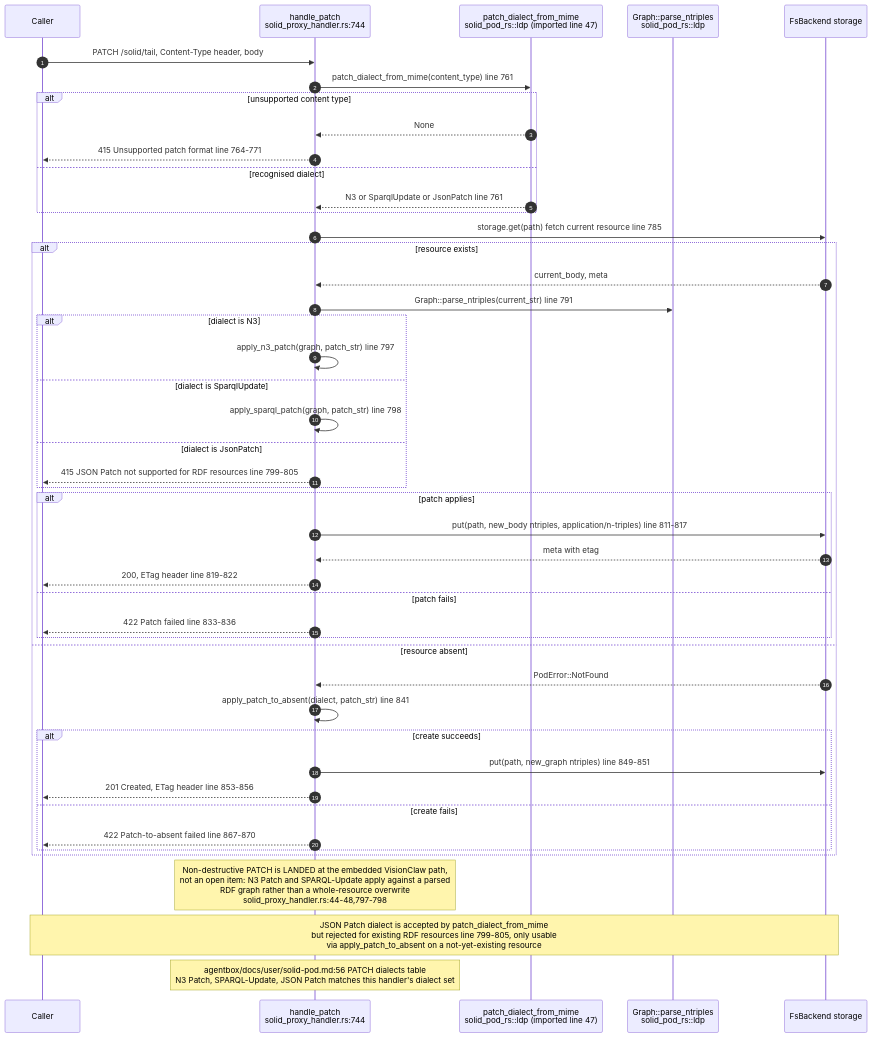
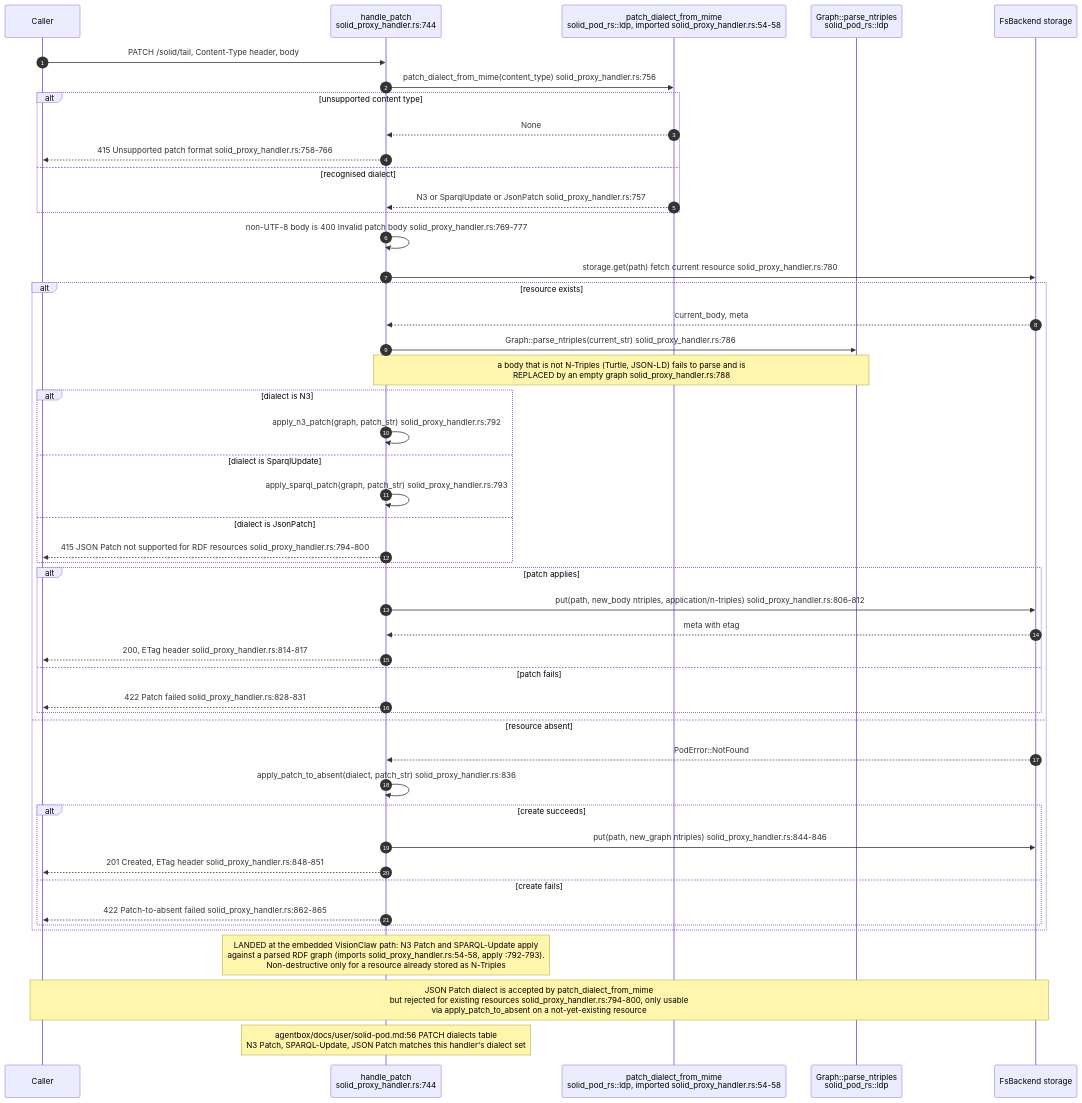
The sixth of 13 diagrams in docs/diagrams/estate/08-solid-pod-estate.md (DreamLab-AI/VisionFlow), drawn with Mermaid before and after one commit. The commit also changed other lines of this file and 91 other files, not shown here.

First line of the commit message:
docs(audit): estate audit wave 2, every repository except agentbox and VisionClaw

````diff
--- a/docs/diagrams/estate/08-solid-pod-estate.md
+++ b/docs/diagrams/estate/08-solid-pod-estate.md
@@ -264,51 +278,53 @@
 ```mermaid
 sequenceDiagram
     autonumber
     participant C as Caller
     participant H as handle_patch<br/>solid_proxy_handler.rs:744
-    participant D as patch_dialect_from_mime<br/>solid_pod_rs::ldp (imported line 47)
+    participant D as patch_dialect_from_mime<br/>solid_pod_rs::ldp, imported solid_proxy_handler.rs:54-58
     participant G as Graph::parse_ntriples<br/>solid_pod_rs::ldp
     participant FS as FsBackend storage
 
     C->>H: PATCH /solid/tail, Content-Type header, body
-    H->>D: patch_dialect_from_mime(content_type) line 761
+    H->>D: patch_dialect_from_mime(content_type) solid_proxy_handler.rs:756
     alt unsupported content type
         D-->>H: None
-        H-->>C: 415 Unsupported patch format line 764-771
+        H-->>C: 415 Unsupported patch format solid_proxy_handler.rs:758-766
     else recognised dialect
-        D-->>H: N3 or SparqlUpdate or JsonPatch line 761
+        D-->>H: N3 or SparqlUpdate or JsonPatch solid_proxy_handler.rs:757
     end
+    H->>H: non-UTF-8 body is 400 Invalid patch body solid_proxy_handler.rs:769-777
 
-    H->>FS: storage.get(path) fetch current resource line 785
+    H->>FS: storage.get(path) fetch current resource solid_proxy_handler.rs:780
     alt resource exists
         FS-->>H: current_body, meta
-        H->>G: Graph::parse_ntriples(current_str) line 791
+        H->>G: Graph::parse_ntriples(current_str) solid_proxy_handler.rs:786
+        Note over H,G: a body that is not N-Triples (Turtle, JSON-LD) fails to parse and is<br/>REPLACED by an empty graph solid_proxy_handler.rs:788
         alt dialect is N3
-            H->>H: apply_n3_patch(graph, patch_str) line 797
+            H->>H: apply_n3_patch(graph, patch_str) solid_proxy_handler.rs:792
         else dialect is SparqlUpdate
-            H->>H: apply_sparql_patch(graph, patch_str) line 798
+            H->>H: apply_sparql_patch(graph, patch_str) solid_proxy_handler.rs:793
         else dialect is JsonPatch
-            H-->>C: 415 JSON Patch not supported for RDF resources line 799-805
+            H-->>C: 415 JSON Patch not supported for RDF resources solid_proxy_handler.rs:794-800
         end
         alt patch applies
-            H->>FS: put(path, new_body ntriples, application/n-triples) line 811-817
+            H->>FS: put(path, new_body ntriples, application/n-triples) solid_proxy_handler.rs:806-812
             FS-->>H: meta with etag
-            H-->>C: 200, ETag header line 819-822
+            H-->>C: 200, ETag header solid_proxy_handler.rs:814-817
         else patch fails
-            H-->>C: 422 Patch failed line 833-836
+            H-->>C: 422 Patch failed solid_proxy_handler.rs:828-831
         end
     else resource absent
         FS-->>H: PodError::NotFound
-        H->>H: apply_patch_to_absent(dialect, patch_str) line 841
+        H->>H: apply_patch_to_absent(dialect, patch_str) solid_proxy_handler.rs:836
         alt create succeeds
-            H->>FS: put(path, new_graph ntriples) line 849-851
-            H-->>C: 201 Created, ETag header line 853-856
+            H->>FS: put(path, new_graph ntriples) solid_proxy_handler.rs:844-846
+            H-->>C: 201 Created, ETag header solid_proxy_handler.rs:848-851
         else create fails
-            H-->>C: 422 Patch-to-absent failed line 867-870
+            H-->>C: 422 Patch-to-absent failed solid_proxy_handler.rs:862-865
         end
     end
 
-    Note over H: Non-destructive PATCH is LANDED at the embedded VisionClaw path,<br/>not an open item: N3 Patch and SPARQL-Update apply against a parsed<br/>RDF graph rather than a whole-resource overwrite<br/>solid_proxy_handler.rs:44-48,797-798
-    Note over C,FS: JSON Patch dialect is accepted by patch_dialect_from_mime<br/>but rejected for existing RDF resources line 799-805, only usable<br/>via apply_patch_to_absent on a not-yet-existing resource
+    Note over H: LANDED at the embedded VisionClaw path: N3 Patch and SPARQL-Update apply<br/>against a parsed RDF graph (imports solid_proxy_handler.rs:54-58, apply :792-793).<br/>Non-destructive only for a resource already stored as N-Triples
+    Note over C,FS: JSON Patch dialect is accepted by patch_dialect_from_mime<br/>but rejected for existing resources solid_proxy_handler.rs:794-800, only usable<br/>via apply_patch_to_absent on a not-yet-existing resource
     Note over H: agentbox/docs/user/solid-pod.md:56 PATCH dialects table<br/>N3 Patch, SPARQL-Update, JSON Patch matches this handler's dialect set
 ```
````
